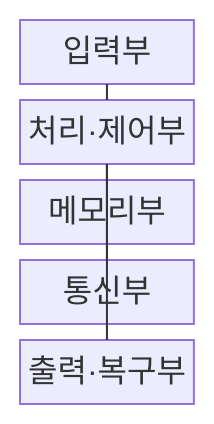
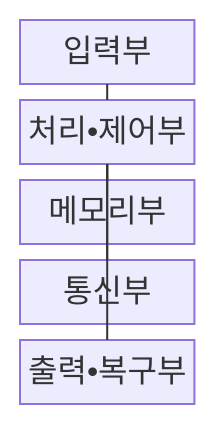
The first of 2 diagrams in src/content/docs/notes/02-hardware/060_embedded_system_architecture.md (agnusdei1207/knowledge-base), drawn with Mermaid before and after one commit. The commit also changed other lines of this file and 953 other files, not shown here.

````diff
--- a/src/content/docs/notes/02-hardware/060_embedded_system_architecture.md
+++ b/src/content/docs/notes/02-hardware/060_embedded_system_architecture.md
@@ -67,13 +67,13 @@
 ```mermaid
 block
   columns 1
   A["입력부"]
-  B["처리·제어부"]
+  B["처리•제어부"]
   C["메모리부"]
   D["통신부"]
-  E["출력·복구부"]
+  E["출력•복구부"]
   A --- B
   C --- B
   B --- D
   B --- E
 ```
````
